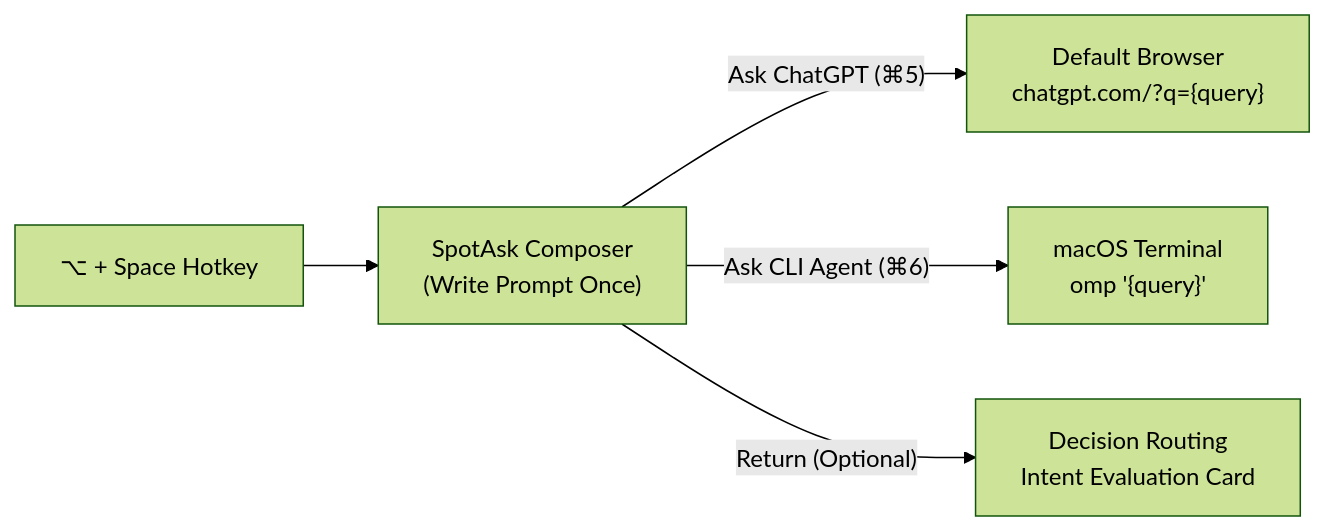
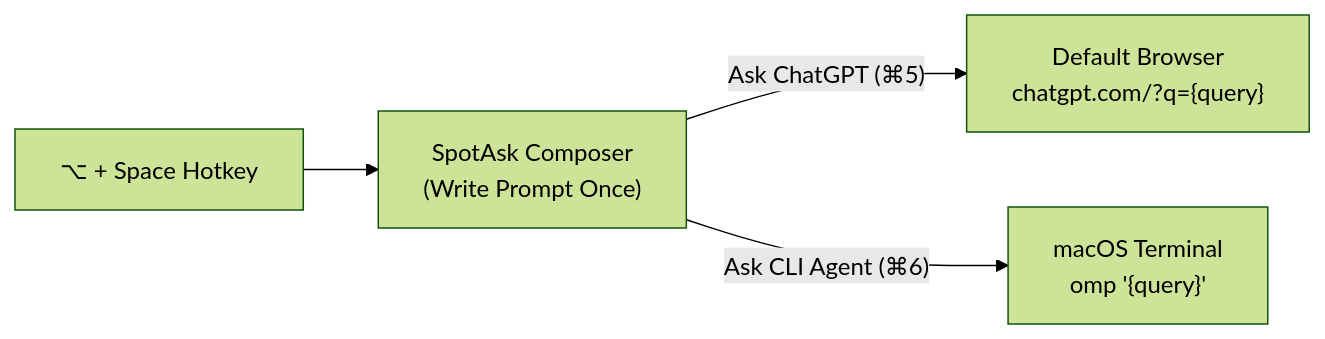
Before and after one commit to shiquda/SpotAsk: the diagram in docs/site/guides/external-ask.md, drawn with Mermaid (forest theme). The commit also changed other lines of this file and 3 other files, not shown here.

````diff
--- a/docs/site/guides/external-ask.md
+++ b/docs/site/guides/external-ask.md
@@ -15,7 +15,6 @@
 ```mermaid
 flowchart LR
     HotKey["⌥ + Space Hotkey"] --> Composer["SpotAsk Composer<br/>(Write Prompt Once)"]
     Composer -->|"Ask ChatGPT (⌘5)"| Browser["Default Browser<br/>chatgpt.com/?q={query}"]
     Composer -->|"Ask CLI Agent (⌘6)"| Terminal["macOS Terminal<br/>omp '{query}'"]
-    Composer -->|"Return (Optional)"| Decision["Decision Routing<br/>Intent Evaluation Card"]
 ```
````
